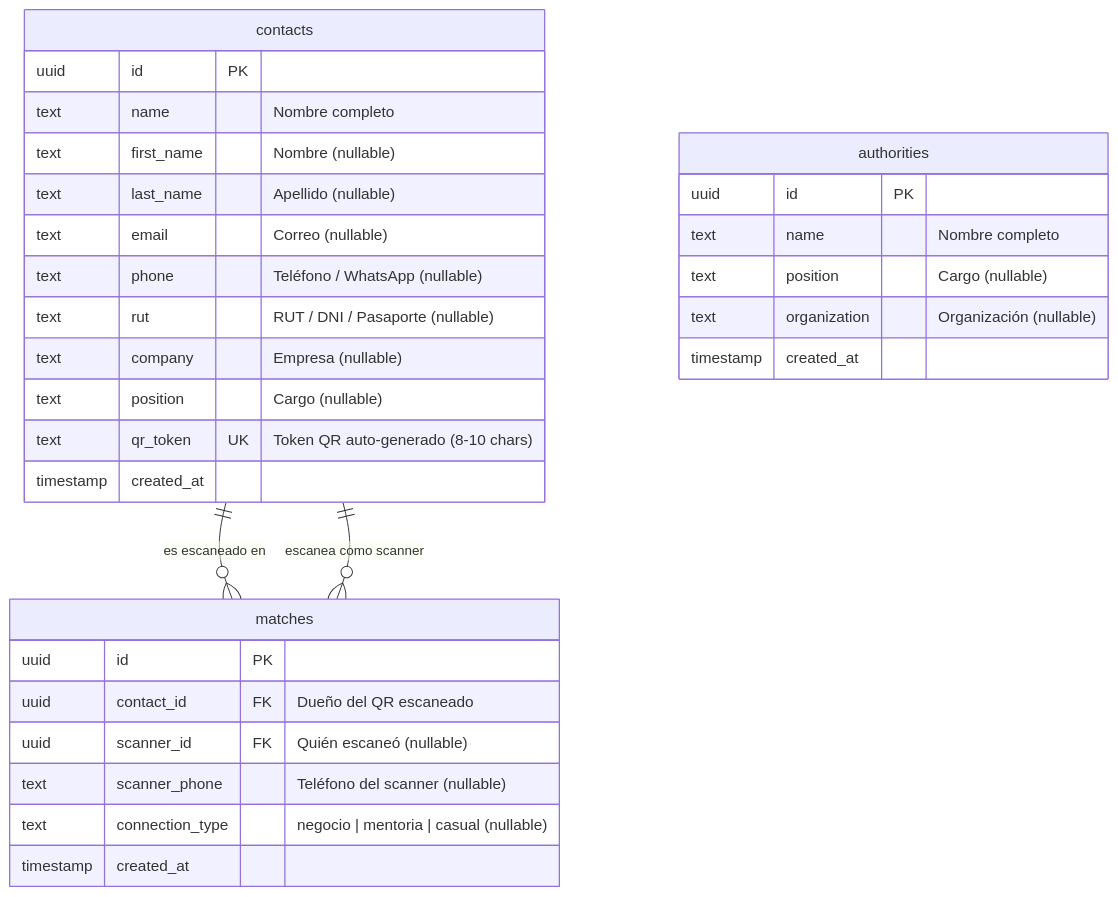
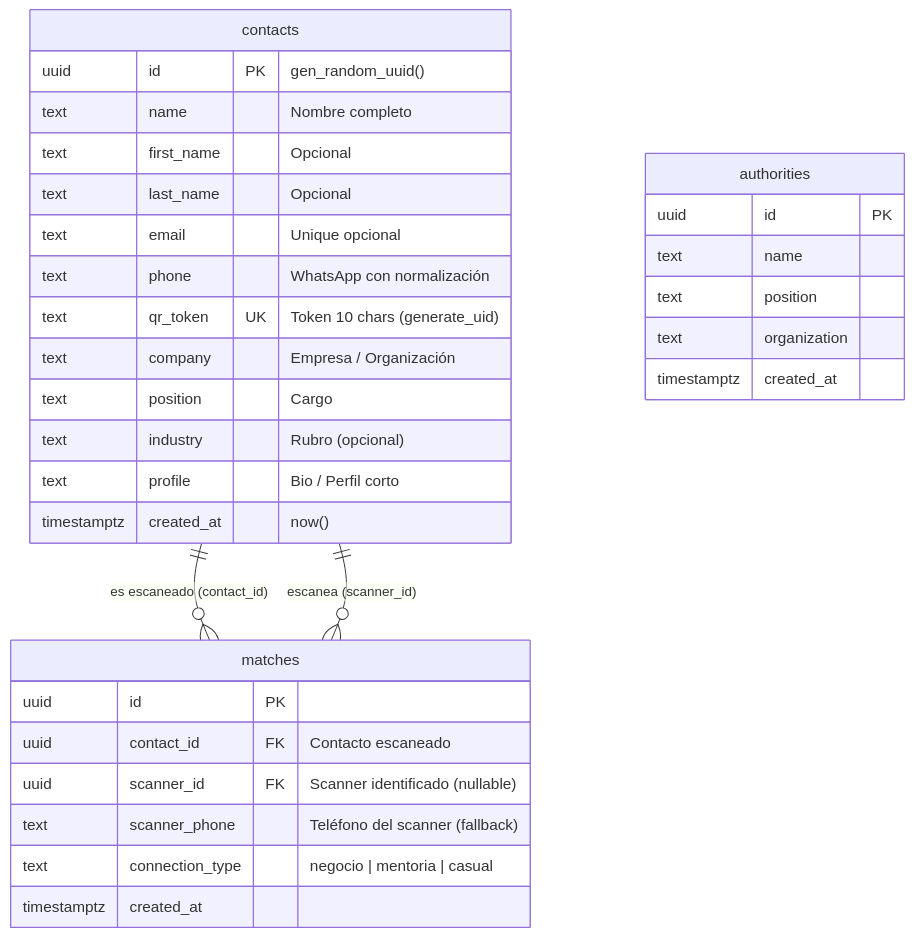
The diagram in README.md (alexismansilla/Joblify), drawn with Mermaid before and after one commit. The commit also changed other lines of this file, not shown here.

Commit message:
docs: update README with architectural details, RLS policies, maintenance scripts, and project roadmap

````diff
--- a/README.md
+++ b/README.md
@@ -91,36 +95,37 @@
 ```mermaid
 erDiagram
-    contacts ||--o{ matches : "es escaneado en"
-    contacts ||--o{ matches : "escanea como scanner"
+    contacts ||--o{ matches : "es escaneado (contact_id)"
+    contacts ||--o{ matches : "escanea (scanner_id)"
 
     contacts {
-        uuid id PK
+        uuid id PK "gen_random_uuid()"
         text name "Nombre completo"
-        text first_name "Nombre (nullable)"
-        text last_name "Apellido (nullable)"
-        text email "Correo (nullable)"
-        text phone "Teléfono / WhatsApp (nullable)"
-        text rut "RUT / DNI / Pasaporte (nullable)"
-        text company "Empresa (nullable)"
-        text position "Cargo (nullable)"
-        text qr_token UK "Token QR auto-generado (8-10 chars)"
-        timestamp created_at
+        text first_name "Opcional"
+        text last_name "Opcional"
+        text email "Unique opcional"
+        text phone "WhatsApp con normalización"
+        text qr_token UK "Token 10 chars (generate_uid)"
+        text company "Empresa / Organización"
+        text position "Cargo"
+        text industry "Rubro (opcional)"
+        text profile "Bio / Perfil corto"
+        timestamptz created_at "now()"
     }
 
     matches {
         uuid id PK
-        uuid contact_id FK "Dueño del QR escaneado"
-        uuid scanner_id FK "Quién escaneó (nullable)"
-        text scanner_phone "Teléfono del scanner (nullable)"
-        text connection_type "negocio | mentoria | casual (nullable)"
-        timestamp created_at
+        uuid contact_id FK "Contacto escaneado"
+        uuid scanner_id FK "Scanner identificado (nullable)"
+        text scanner_phone "Teléfono del scanner (fallback)"
+        text connection_type "negocio | mentoria | casual"
+        timestamptz created_at
     }
 
     authorities {
         uuid id PK
-        text name "Nombre completo"
-        text position "Cargo (nullable)"
-        text organization "Organización (nullable)"
-        timestamp created_at
+        text name
+        text position
+        text organization
+        timestamptz created_at
     }
 ```
````
